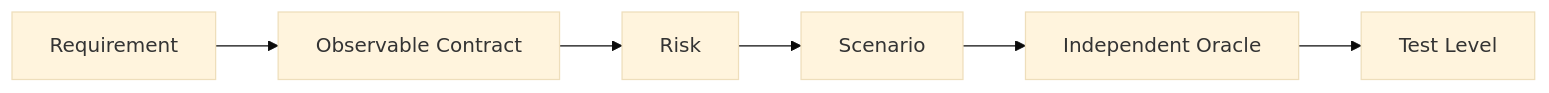
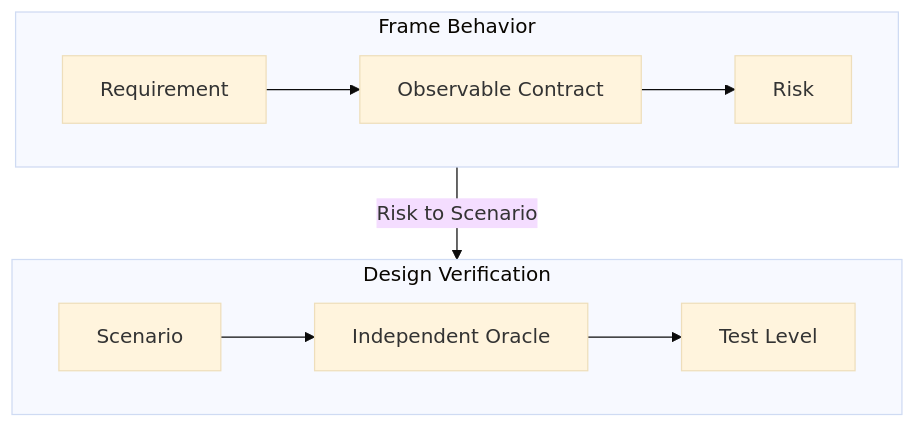
The diagram in docs/development/test-design-and-implementation.md (mols3131d/hmda-data-reliability), drawn with Mermaid (base theme) before and after one commit. The commit also changed 3 other files, not shown here.

Commit message:
docs: rebalance Mermaid layouts (#120)

````diff
--- a/docs/development/test-design-and-implementation.md
+++ b/docs/development/test-design-and-implementation.md
@@ -11,8 +11,14 @@
 ```mermaid
-flowchart LR
-    requirement["Requirement"] --> contract["Observable Contract"]
-    contract --> risk["Risk"]
-    risk --> scenario["Scenario"]
-    scenario --> oracle["Independent Oracle"]
-    oracle --> level["Test Level"]
+flowchart TB
+    subgraph framing ["Frame Behavior"]
+        direction LR
+        requirement["Requirement"] --> contract["Observable Contract"] --> risk["Risk"]
+    end
+
+    subgraph verification ["Design Verification"]
+        direction LR
+        scenario["Scenario"] --> oracle["Independent Oracle"] --> level["Test Level"]
+    end
+
+    framing -->|Risk to Scenario| verification
 ```
````
